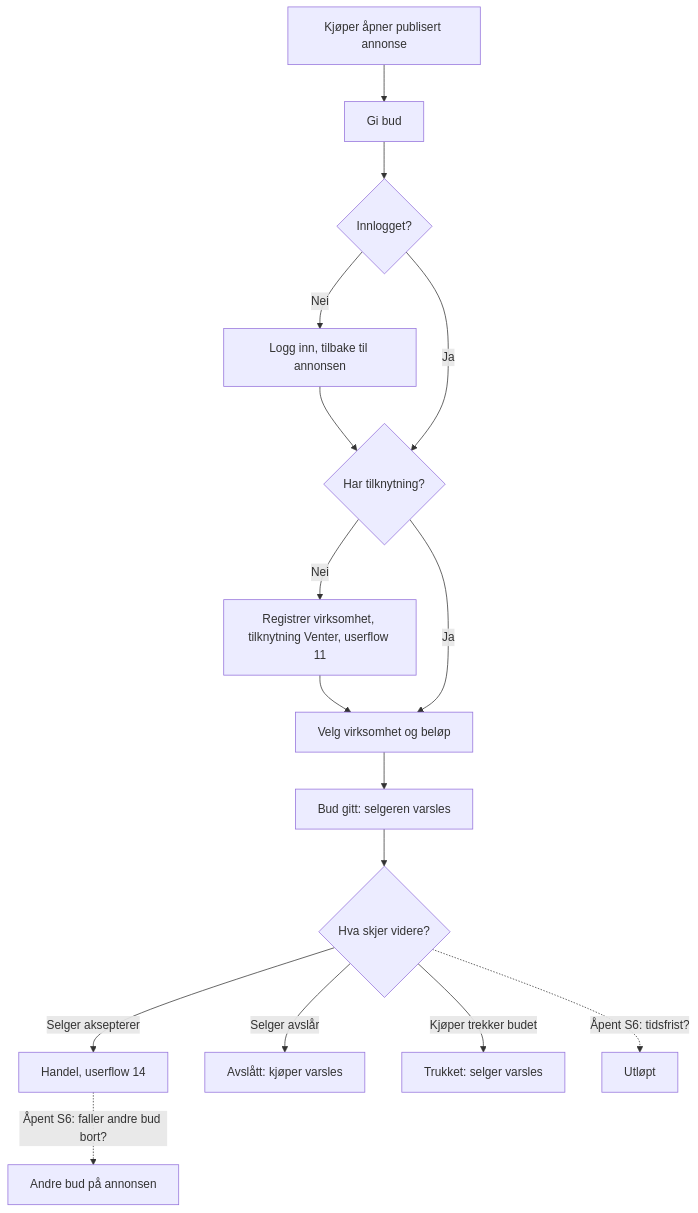
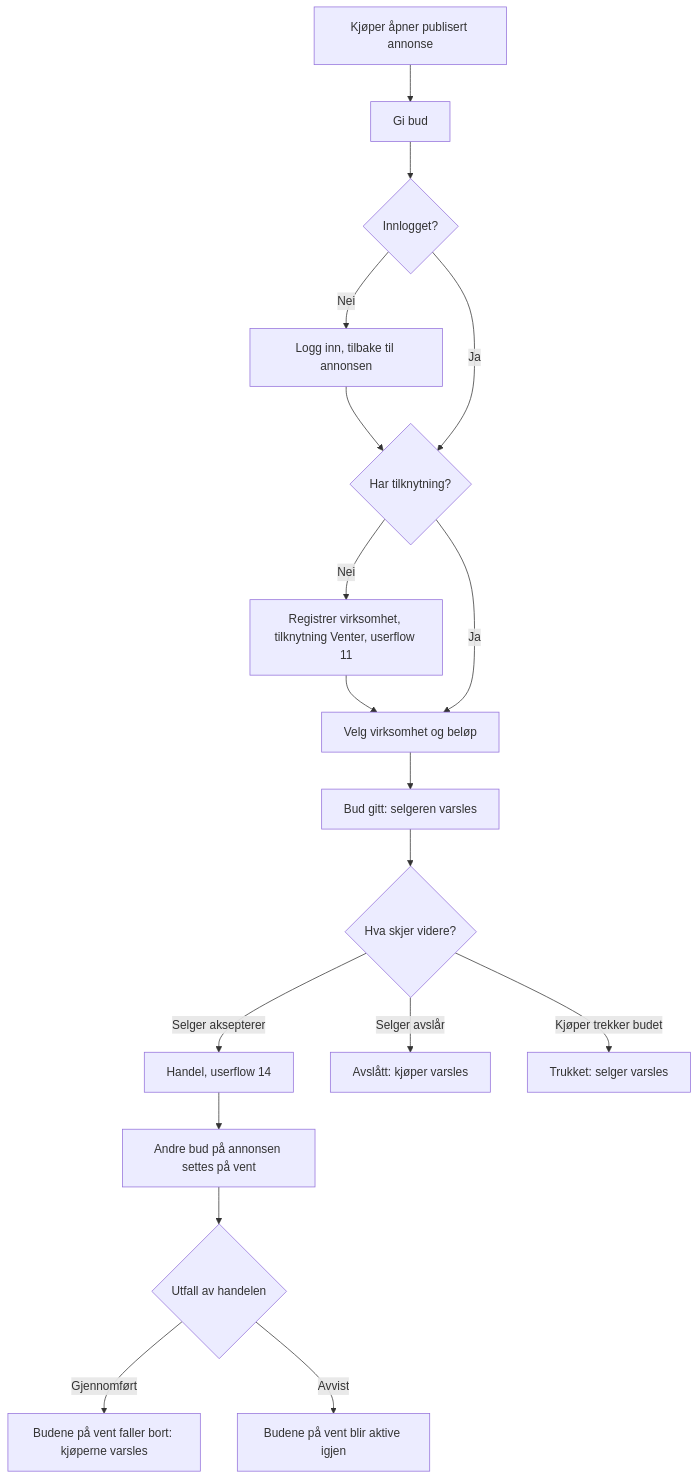
Before and after one commit to vardaasen/prosjekt: the diagram in docs/userflows/diagrams/13-bid.mmd, drawn with Mermaid. The commit also changed 5 other files, not shown here.

First line of the commit message:
docs: bud uten tidsfrist, bud på vent under handel, bilde og lagret annonse (D1)

```diff
--- a/docs/userflows/diagrams/13-bid.mmd
+++ b/docs/userflows/diagrams/13-bid.mmd
@@ -1,16 +1,18 @@
 flowchart TD
     A[Kjøper åpner publisert annonse] --> B[Gi bud]
     B --> C{Innlogget?}
     C -- Nei --> D[Logg inn, tilbake til annonsen]
     D --> E
     C -- Ja --> E{Har tilknytning?}
     E -- Nei --> F[Registrer virksomhet, tilknytning Venter, userflow 11]
     F --> G
     E -- Ja --> G[Velg virksomhet og beløp]
     G --> H[Bud gitt: selgeren varsles]
     H --> I{Hva skjer videre?}
     I -- Selger aksepterer --> J[Handel, userflow 14]
     I -- Selger avslår --> K[Avslått: kjøper varsles]
     I -- Kjøper trekker budet --> L[Trukket: selger varsles]
-    I -. Åpent S6: tidsfrist? .-> M[Utløpt]
-    J -. Åpent S6: faller andre bud bort? .-> N[Andre bud på annonsen]
+    J --> M[Andre bud på annonsen settes på vent]
+    M --> N{Utfall av handelen}
+    N -- Gjennomført --> O[Budene på vent faller bort: kjøperne varsles]
+    N -- Avvist --> P[Budene på vent blir aktive igjen]
```
